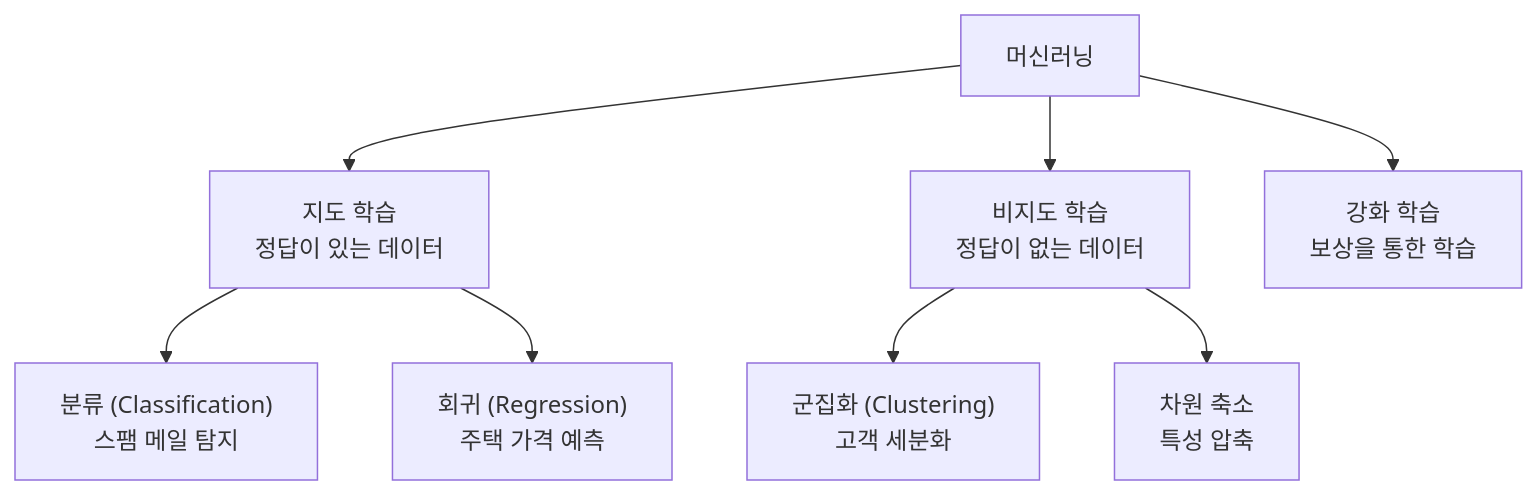
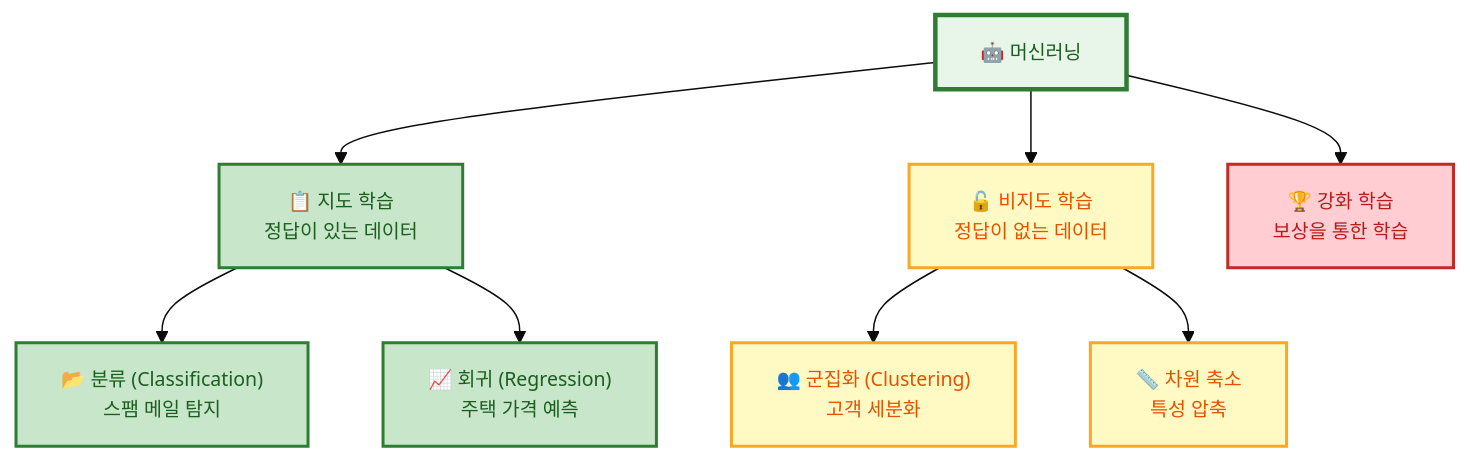
One commit to jingu279/Document changed the seventh of 19 diagrams in ai-programming/README.md. Above: the diagram before and after it, drawn with Mermaid. The commit also changed other lines of this file, not shown here.

First line of the commit message:
README Mermaid 다이어그램 스타일링 개선

````diff
--- a/ai-programming/README.md
+++ b/ai-programming/README.md
@@ -187,12 +255,30 @@
 ```mermaid
+%%{init: {'theme': 'base', 'themeVariables': {'fontSize': '13px'}}}%%
 flowchart TB
-  ML["머신러닝"] --> Supervised["지도 학습<br/>정답이 있는 데이터"]
-  ML --> Unsupervised["비지도 학습<br/>정답이 없는 데이터"]
-  ML --> RL["강화 학습<br/>보상을 통한 학습"]
+  ML["🤖 머신러닝"]
+  Supervised["📋 지도 학습<br/>정답이 있는 데이터"]
+  Unsupervised["🔓 비지도 학습<br/>정답이 없는 데이터"]
+  RL["🏆 강화 학습<br/>보상을 통한 학습"]
 
-  Supervised --> Class["분류 (Classification)<br/>스팸 메일 탐지"]
-  Supervised --> Reg["회귀 (Regression)<br/>주택 가격 예측"]
+  ML --> Supervised & Unsupervised & RL
 
-  Unsupervised --> Clus["군집화 (Clustering)<br/>고객 세분화"]
-  Unsupervised --> Dim["차원 축소<br/>특성 압축"]
+  Class["📂 분류 (Classification)<br/>스팸 메일 탐지"]
+  Reg["📈 회귀 (Regression)<br/>주택 가격 예측"]
+
+  Supervised --> Class & Reg
+
+  Clus["👥 군집화 (Clustering)<br/>고객 세분화"]
+  Dim["📏 차원 축소<br/>특성 압축"]
+
+  Unsupervised --> Clus & Dim
+
+  classDef ml fill:#e8f5e9,stroke:#2e7d32,stroke-width:3px,color:#1b5e20
+  classDef sup fill:#c8e6c9,stroke:#2e7d32,stroke-width:2px,color:#1b5e20
+  classDef unsup fill:#fff9c4,stroke:#f9a825,stroke-width:2px,color:#e65100
+  classDef rl fill:#ffcdd2,stroke:#c62828,stroke-width:2px,color:#b71c1c
+  classDef task fill:#e8f5e9,stroke:#388e3c,stroke-width:2px,color:#1b5e20
+  class ML ml
+  class Supervised,Class,Reg sup
+  class Unsupervised,Clus,Dim unsup
+  class RL rl
 ```
````
